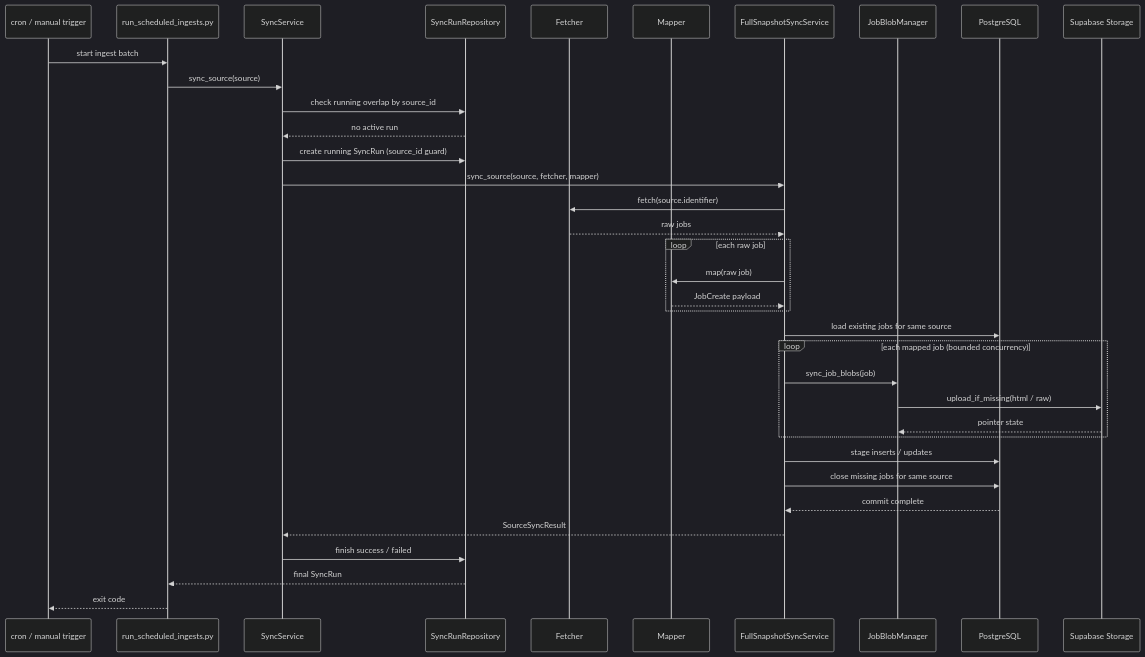
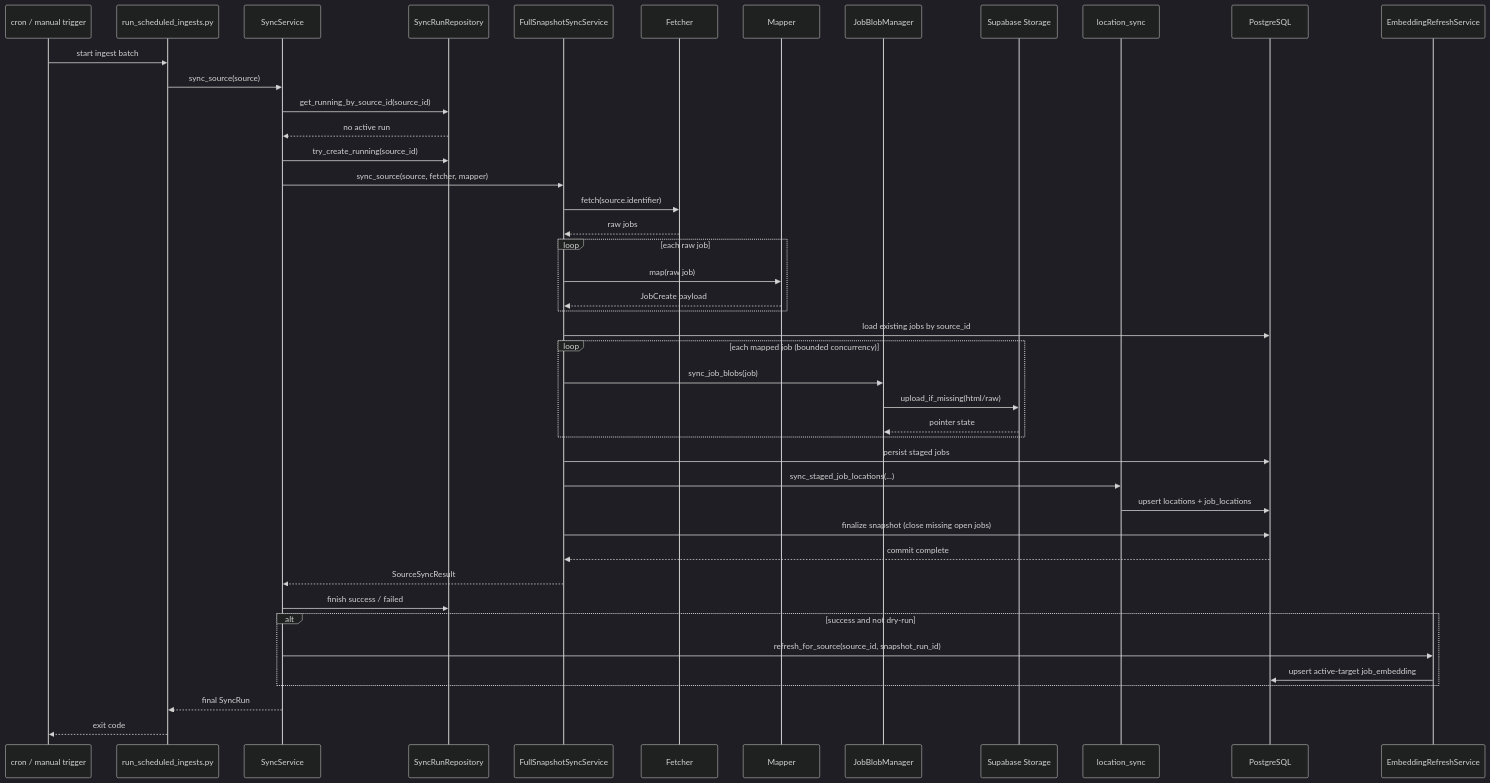
The second of 4 diagrams in docs/architecture/README.md (DengNaichen/job), drawn with Mermaid (dark theme) before and after one commit. The commit also changed other lines of this file and 10 other files, not shown here.

Commit message:
docs: align architecture and data model to current implementation

````diff
--- a/docs/architecture/README.md
+++ b/docs/architecture/README.md
@@ -86,43 +74,55 @@
 ```mermaid
 sequenceDiagram
     participant Cron as cron / manual trigger
     participant Runner as run_scheduled_ingests.py
     participant Sync as SyncService
     participant Track as SyncRunRepository
+    participant Full as FullSnapshotSyncService
     participant Fetch as Fetcher
     participant Map as Mapper
-    participant Full as FullSnapshotSyncService
     participant Blob as JobBlobManager
+    participant Store as Supabase Storage
+    participant Loc as location_sync
     participant DB as PostgreSQL
-    participant Store as Supabase Storage
+    participant Emb as EmbeddingRefreshService
 
     Cron->>Runner: start ingest batch
     Runner->>Sync: sync_source(source)
-    Sync->>Track: check running overlap by source_id
+    Sync->>Track: get_running_by_source_id(source_id)
     Track-->>Sync: no active run
-    Sync->>Track: create running SyncRun (source_id guard)
+    Sync->>Track: try_create_running(source_id)
     Sync->>Full: sync_source(source, fetcher, mapper)
+
     Full->>Fetch: fetch(source.identifier)
     Fetch-->>Full: raw jobs
 
     loop each raw job
         Full->>Map: map(raw job)
         Map-->>Full: JobCreate payload
     end
 
-    Full->>DB: load existing jobs for same source
+    Full->>DB: load existing jobs by source_id
 
     loop each mapped job (bounded concurrency)
         Full->>Blob: sync_job_blobs(job)
-        Blob->>Store: upload_if_missing(html / raw)
+        Blob->>Store: upload_if_missing(html/raw)
         Store-->>Blob: pointer state
     end
 
-    Full->>DB: stage inserts / updates
-    Full->>DB: close missing jobs for same source
+    Full->>DB: persist staged jobs
+    Full->>Loc: sync_staged_job_locations(...)
+    Loc->>DB: upsert locations + job_locations
+    Full->>DB: finalize snapshot (close missing open jobs)
     DB-->>Full: commit complete
+
     Full-->>Sync: SourceSyncResult
     Sync->>Track: finish success / failed
-    Track-->>Runner: final SyncRun
+
+    alt success and not dry-run
+        Sync->>Emb: refresh_for_source(source_id, snapshot_run_id)
+        Emb->>DB: upsert active-target job_embedding
+    end
+
+    Sync-->>Runner: final SyncRun
     Runner-->>Cron: exit code
 ```
````
